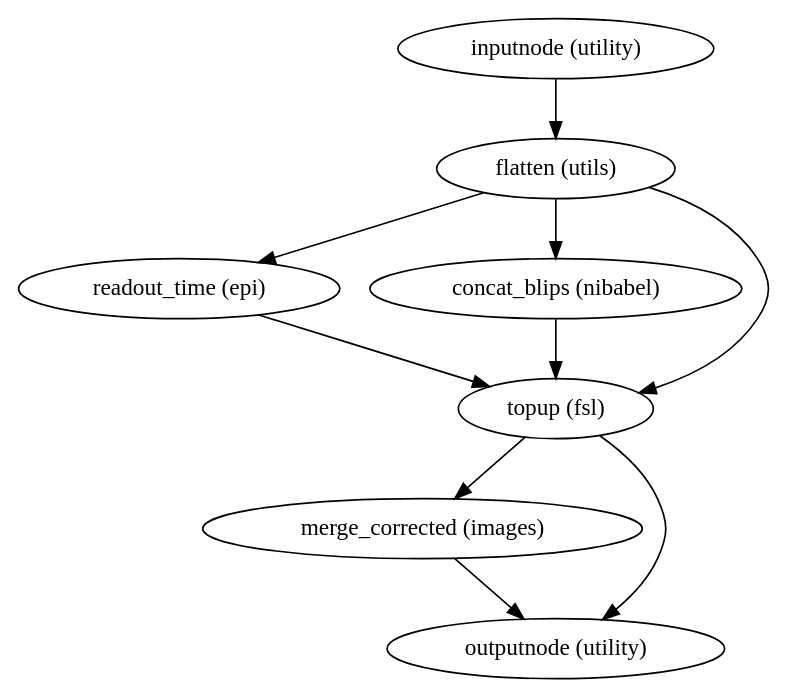
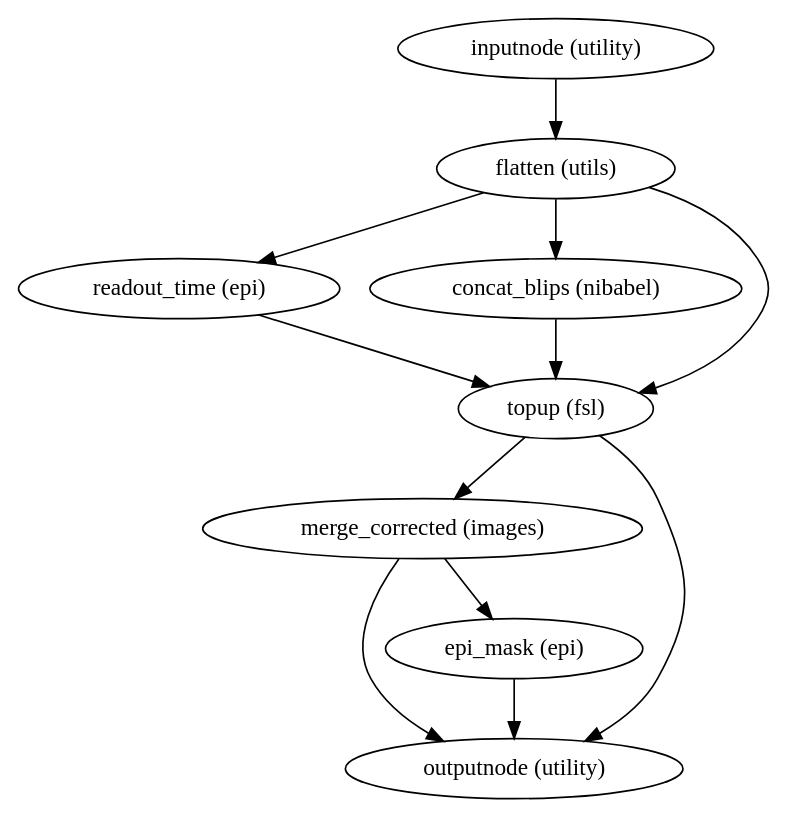
One commit to wayne009007/sdcflows changed the diagram in dev_1.4.0/wf_directive/api/pepolar_estimate_wf/sdcflows-workflows-fit-pepolar-2.dot. Above: the diagram before and after it, drawn with Graphviz. The commit also changed 1875 other files, not shown here.

```diff
--- a/dev_1.4.0/wf_directive/api/pepolar_estimate_wf/sdcflows-workflows-fit-pepolar-2.dot
+++ b/dev_1.4.0/wf_directive/api/pepolar_estimate_wf/sdcflows-workflows-fit-pepolar-2.dot
@@ -1,18 +1,21 @@
 strict digraph  {
 "inputnode (utility)";
 "flatten (utils)";
 "readout_time (epi)";
 "concat_blips (nibabel)";
 "topup (fsl)";
 "merge_corrected (images)";
 "outputnode (utility)";
+"epi_mask (epi)";
 "inputnode (utility)" -> "flatten (utils)";
 "flatten (utils)" -> "readout_time (epi)";
 "flatten (utils)" -> "concat_blips (nibabel)";
 "flatten (utils)" -> "topup (fsl)";
 "readout_time (epi)" -> "topup (fsl)";
 "concat_blips (nibabel)" -> "topup (fsl)";
 "topup (fsl)" -> "merge_corrected (images)";
 "topup (fsl)" -> "outputnode (utility)";
+"merge_corrected (images)" -> "epi_mask (epi)";
 "merge_corrected (images)" -> "outputnode (utility)";
+"epi_mask (epi)" -> "outputnode (utility)";
 }
```
